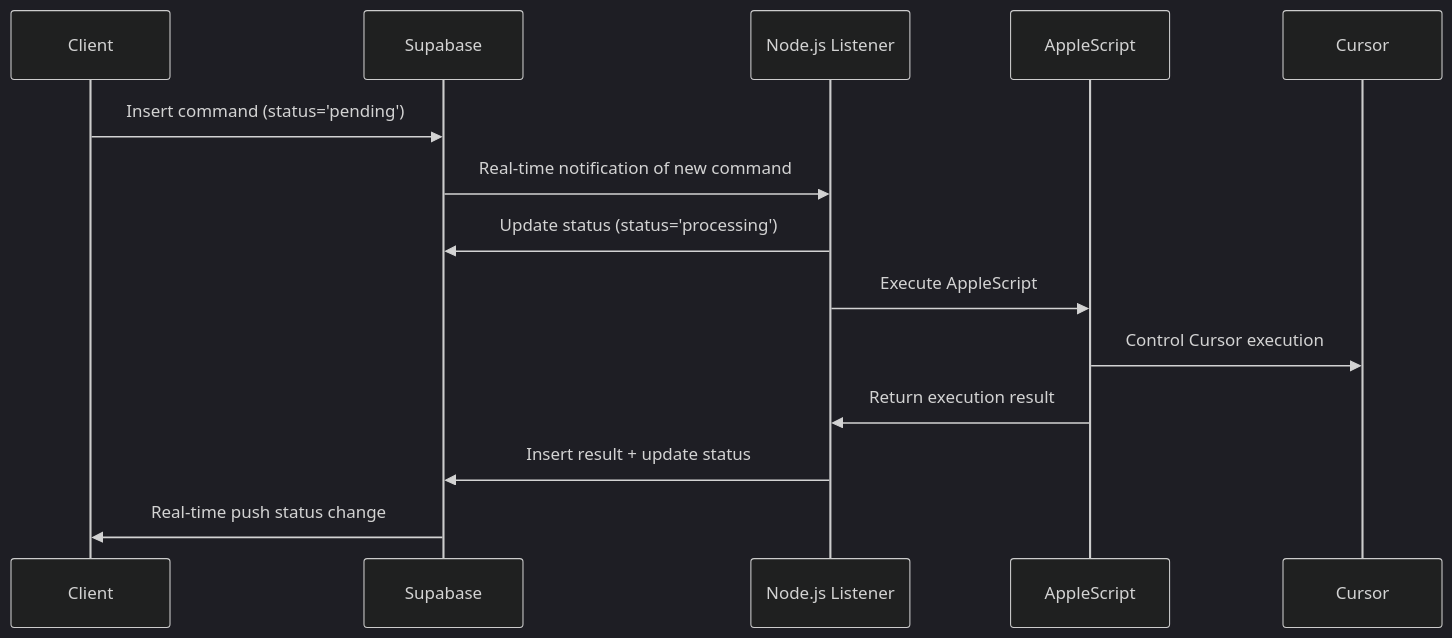
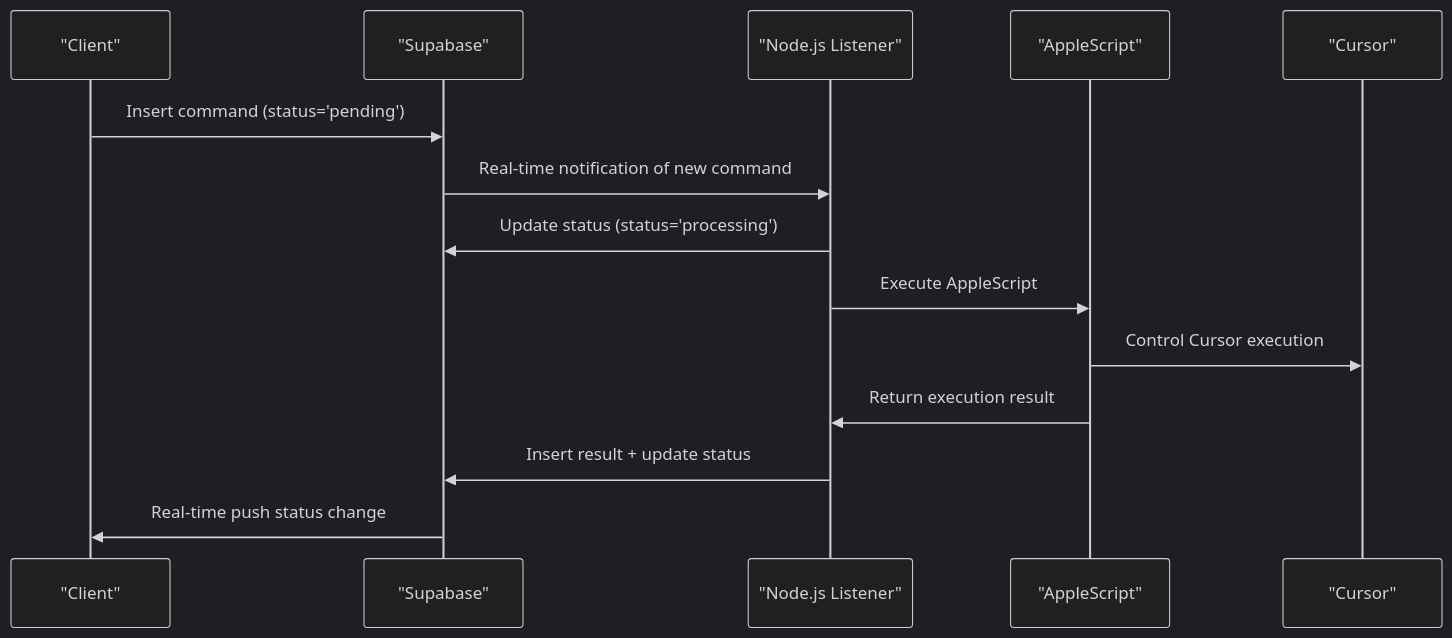
One commit to crimsonsunset/cursor_remote changed the diagram in README.en.md. Above: the diagram before and after it, drawn with Mermaid (dark theme). The commit also changed 1 other file, not shown here.

Commit message:
更新文档，修正架构图中参与者名称的格式，并更新完整架构文档的创建日期，确保信息准确性和一致性。

````diff
--- a/README.en.md
+++ b/README.en.md
@@ -280,17 +280,17 @@
 ```mermaid
 sequenceDiagram
-    participant C as Client
-    participant S as Supabase
-    participant N as Node.js Listener
-    participant A as AppleScript
-    participant CR as Cursor
+    participant C as "Client"
+    participant S as "Supabase"
+    participant N as "Node.js Listener"
+    participant A as "AppleScript"
+    participant CR as "Cursor"
     
     C->>S: Insert command (status='pending')
     S->>N: Real-time notification of new command
     N->>S: Update status (status='processing')
     N->>A: Execute AppleScript
     A->>CR: Control Cursor execution
     A->>N: Return execution result
     N->>S: Insert result + update status
     S->>C: Real-time push status change
 ```
````
